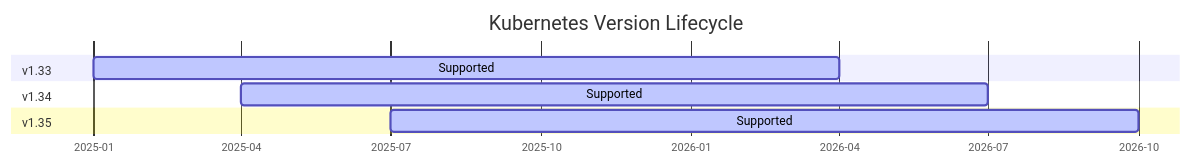
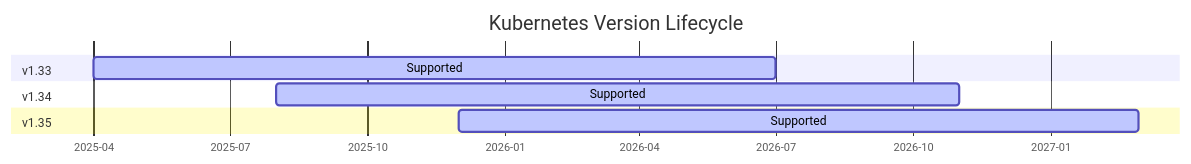
The fourth of 6 diagrams in src/content/docs/cloud/architecture-patterns/module-4.1-managed-vs-selfmanaged.md (kube-dojo/kube-dojo), drawn with Mermaid before and after one commit. The commit also changed other lines of this file, not shown here.

Commit message:
fix(content): apply opus review fixes — arch 4.1 (GKE Autopilot fee, release dates, EKS Auto Mode) (cloud arch-patterns wave)

````diff
--- a/src/content/docs/cloud/architecture-patterns/module-4.1-managed-vs-selfmanaged.md
+++ b/src/content/docs/cloud/architecture-patterns/module-4.1-managed-vs-selfmanaged.md
@@ -393,13 +393,13 @@
 ```mermaid
 gantt
     title Kubernetes Version Lifecycle
     dateFormat  YYYY-MM
     axisFormat  %Y-%m
     
     section v1.33
-    Supported : active, 2025-01, 2026-04
+    Supported : active, 2025-04, 2026-07
     section v1.34
-    Supported : active, 2025-04, 2026-07
+    Supported : active, 2025-08, 2026-11
     section v1.35
-    Supported : active, 2025-07, 2026-10
+    Supported : active, 2025-12, 2027-03
 ```
````
